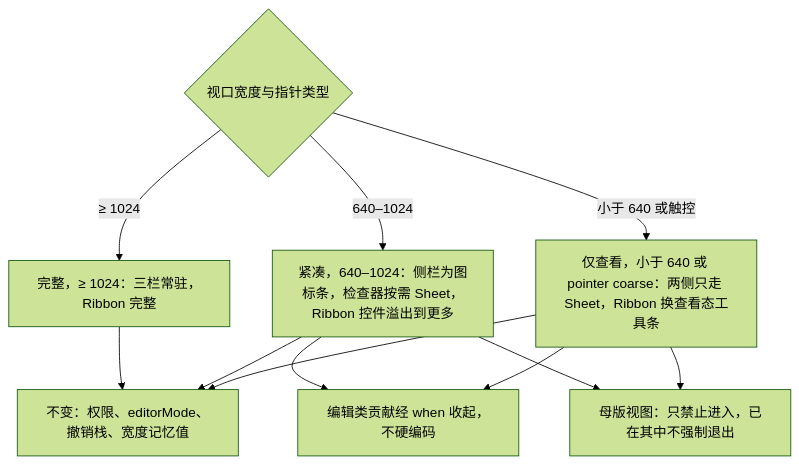
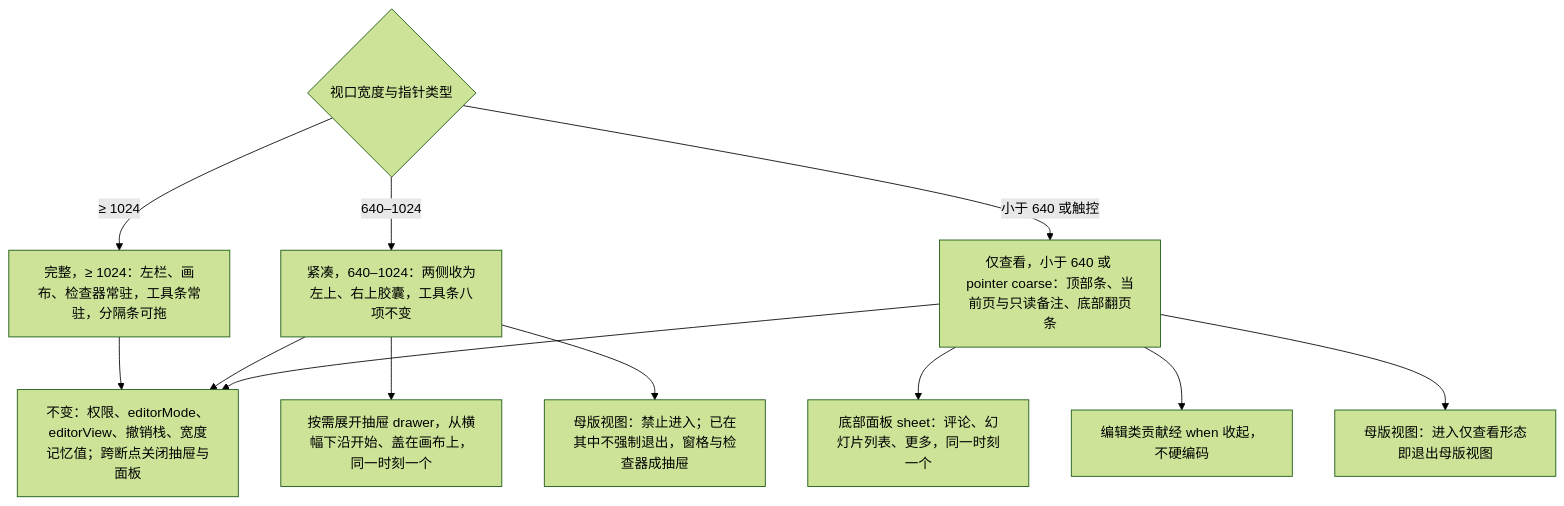
One commit to Xeonice/cordis-ppt-editor changed the second of 10 diagrams in docs/50-frontend/10-editor-shell-and-interaction.md. Above: the diagram before and after it, drawn with Mermaid (forest theme). The commit also changed other lines of this file and 25 other files, not shown here.

````diff
--- a/docs/50-frontend/10-editor-shell-and-interaction.md
+++ b/docs/50-frontend/10-editor-shell-and-interaction.md
@@ -126,20 +178,24 @@
 ```mermaid
 flowchart TB
   vw{"视口宽度与指针类型"}
-  full["完整，≥ 1024：三栏常驻，Ribbon 完整"]
-  compact["紧凑，640–1024：侧栏为图标条，检查器按需 Sheet，Ribbon 控件溢出到更多"]
-  narrow["仅查看，小于 640 或 pointer coarse：两侧只走 Sheet，Ribbon 换查看态工具条"]
+  full["完整，≥ 1024：左栏、画布、检查器常驻，工具条常驻，分隔条可拖"]
+  compact["紧凑，640–1024：两侧收为左上、右上胶囊，工具条八项不变"]
+  drawer["按需展开抽屉 drawer，从横幅下沿开始、盖在画布上，同一时刻一个"]
+  narrow["仅查看，小于 640 或 pointer coarse：顶部条、当前页与只读备注、底部翻页条"]
+  sheet["底部面板 sheet：评论、幻灯片列表、更多，同一时刻一个"]
   when["编辑类贡献经 when 收起，不硬编码"]
-  keep["不变：权限、editorMode、撤销栈、宽度记忆值"]
-  master["母版视图：只禁止进入，已在其中不强制退出"]
+  keep["不变：权限、editorMode、editorView、撤销栈、宽度记忆值；跨断点关闭抽屉与面板"]
+  mCompact["母版视图：禁止进入；已在其中不强制退出，窗格与检查器成抽屉"]
+  mNarrow["母版视图：进入仅查看形态即退出母版视图"]
   vw -->|"≥ 1024"| full
   vw -->|"640–1024"| compact
   vw -->|"小于 640 或触控"| narrow
-  compact --> when
+  compact --> drawer
+  narrow --> sheet
   narrow --> when
   full --> keep
   compact --> keep
   narrow --> keep
-  compact --> master
-  narrow --> master
+  compact --> mCompact
+  narrow --> mNarrow
 ```
````
